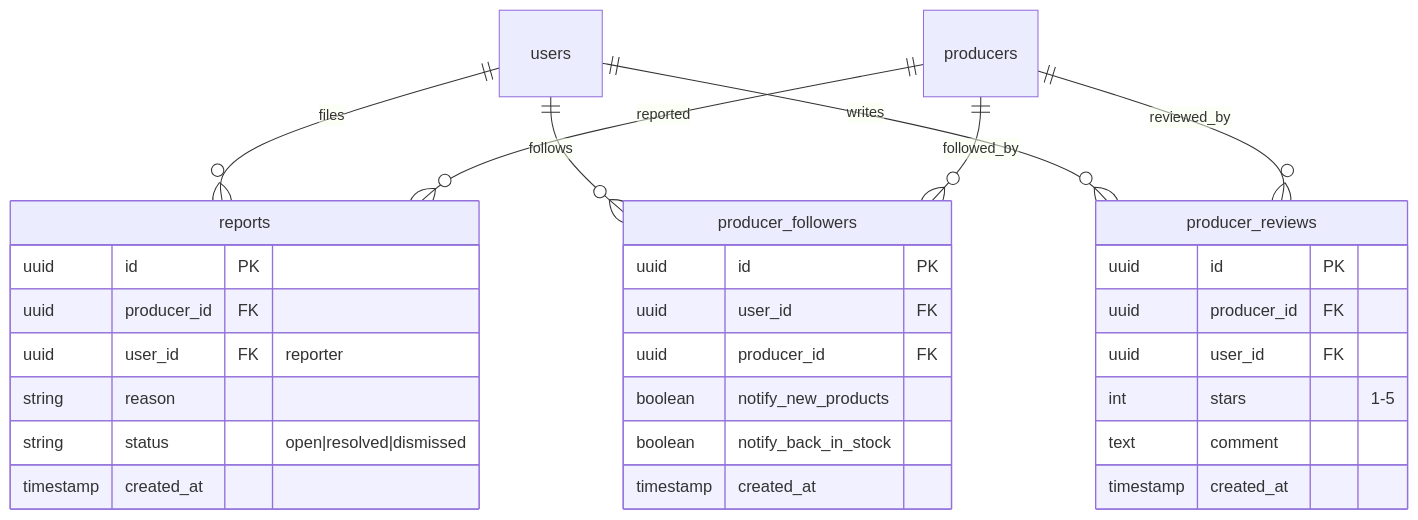
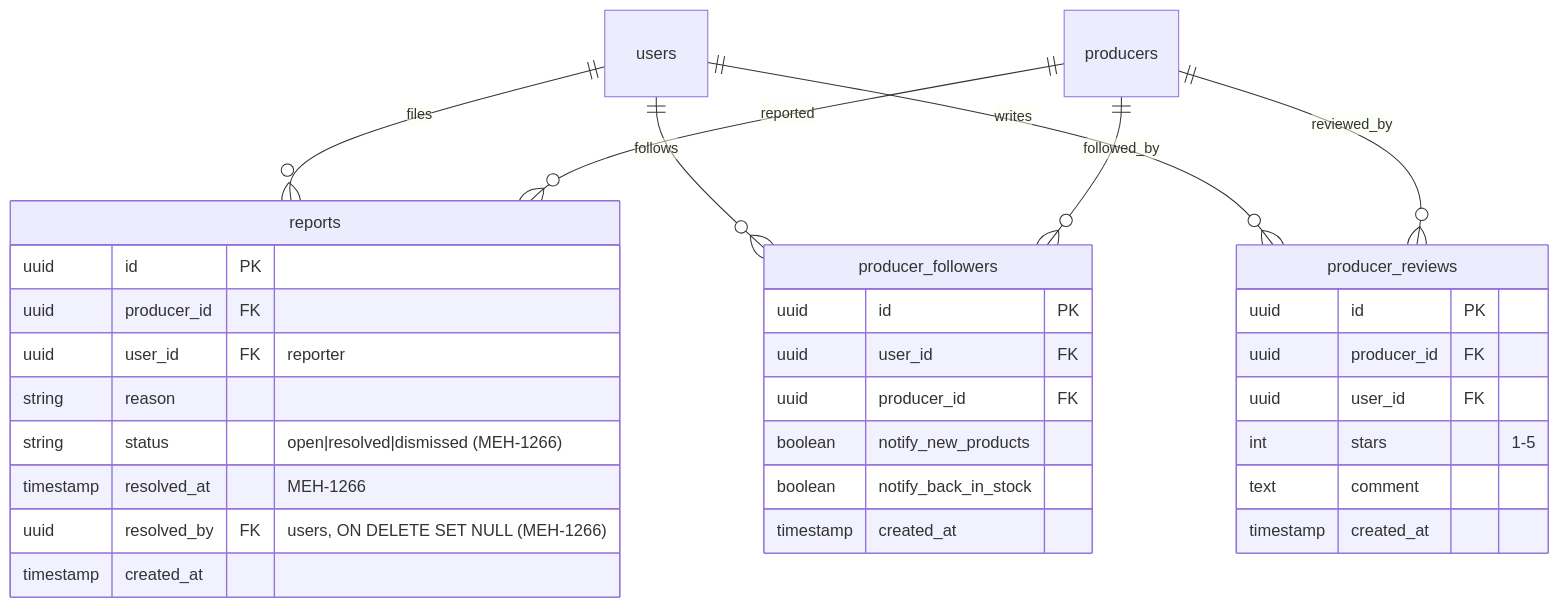
One commit to levismadar80-ship-it/FoodMamkor changed the third of 4 diagrams in .ai/diagrams/db-schema.md. Above: the diagram before and after it, drawn with Mermaid. The commit also changed 13 other files, not shown here.

First line of the commit message:
feat(reports): add resolve/dismiss lifecycle + open-only visibility & counters (MEH-1266) (#1842)

````diff
--- a/.ai/diagrams/db-schema.md
+++ b/.ai/diagrams/db-schema.md
@@ -192,36 +192,38 @@
 ```mermaid
 erDiagram
     users ||--o{ reports : "files"
     users ||--o{ producer_followers : "follows"
     users ||--o{ producer_reviews : "writes"
     producers ||--o{ reports : "reported"
     producers ||--o{ producer_followers : "followed_by"
     producers ||--o{ producer_reviews : "reviewed_by"
 
     reports {
         uuid id PK
         uuid producer_id FK
         uuid user_id FK "reporter"
         string reason
-        string status "open|resolved|dismissed"
+        string status "open|resolved|dismissed (MEH-1266)"
+        timestamp resolved_at "MEH-1266"
+        uuid resolved_by FK "users, ON DELETE SET NULL (MEH-1266)"
         timestamp created_at
     }
 
     producer_followers {
         uuid id PK
         uuid user_id FK
         uuid producer_id FK
         boolean notify_new_products
         boolean notify_back_in_stock
         timestamp created_at
     }
 
     producer_reviews {
         uuid id PK
         uuid producer_id FK
         uuid user_id FK
         int stars "1-5"
         text comment
         timestamp created_at
     }
 ```
````
